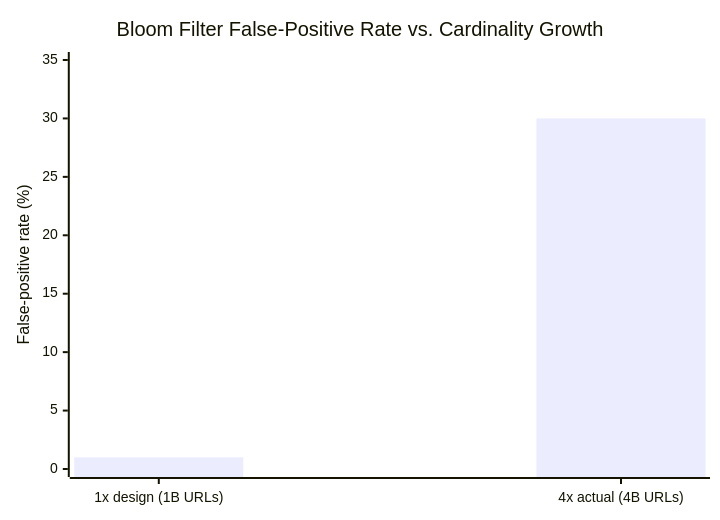
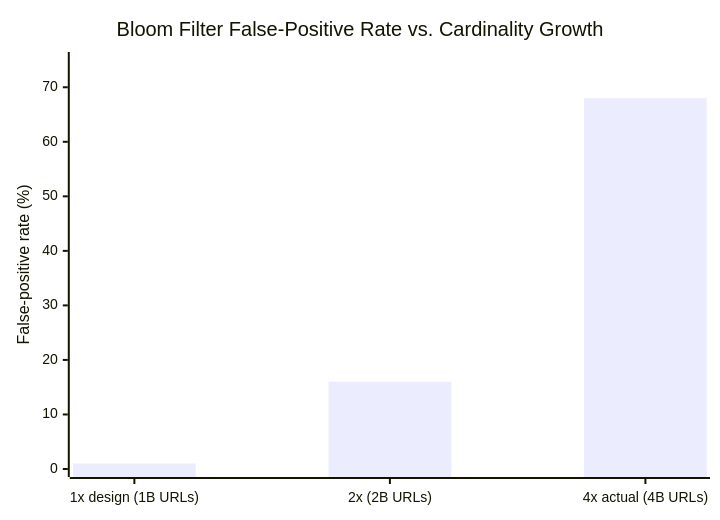
The third of 3 diagrams in src/main/java/com/rutik/systemdesign/hld/case_studies/design_web_crawler.md (rppol/system-design), drawn with Mermaid before and after one commit. The commit also changed other lines of this file and 3 other files, not shown here.

First line of the commit message:
audit(hld): closes the section — a $700M/year figure that is actually $750K

````diff
--- a/src/main/java/com/rutik/systemdesign/hld/case_studies/design_web_crawler.md
+++ b/src/main/java/com/rutik/systemdesign/hld/case_studies/design_web_crawler.md
@@ -852,7 +886,7 @@
 ```mermaid
 xychart-beta
     title "Bloom Filter False-Positive Rate vs. Cardinality Growth"
-    x-axis ["1x design (1B URLs)", "4x actual (4B URLs)"]
-    y-axis "False-positive rate (%)" 0 --> 35
-    bar [1, 30]
+    x-axis ["1x design (1B URLs)", "2x (2B URLs)", "4x actual (4B URLs)"]
+    y-axis "False-positive rate (%)" 0 --> 75
+    bar [1, 16, 68]
 ```
````
